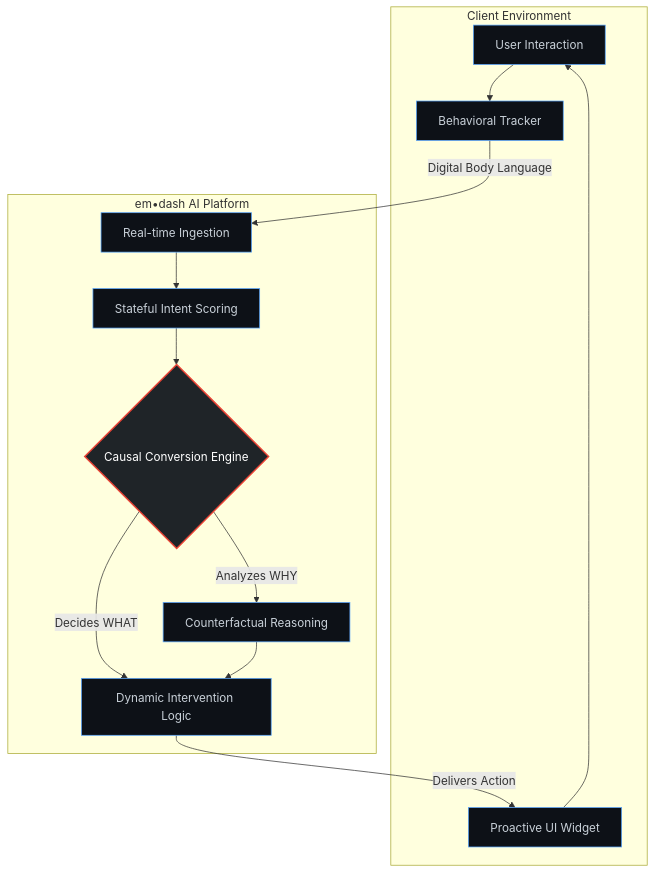
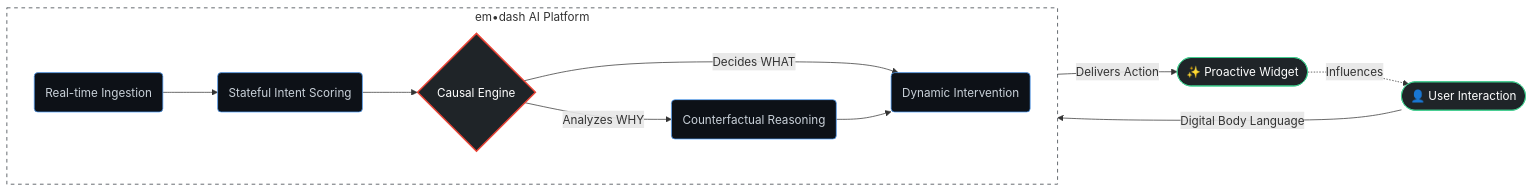
The diagram in README.md (space-ultra/space-ultra), drawn with Mermaid before and after one commit.

Commit message:
Update flowchart syntax in README.md

````diff
--- a/README.md
+++ b/README.md
@@ -44,25 +44,25 @@
 ```mermaid
-graph TD
-    subgraph Edge ["Client Environment"]
-        A[User Interaction] --> B[Behavioral Tracker]
-        C[Proactive UI Widget] --> A
+flowchart LR
+    A([👤 User Interaction]) -->|"Digital Body Language"| B(Real-time Ingestion)
+    
+    subgraph Platform ["em•dash AI Platform"]
+        direction LR
+        B --> C(Stateful Intent Scoring)
+        C --> D{Causal Engine}
+        D -->|"Analyzes WHY"| E(Counterfactual Reasoning)
+        D -->|"Decides WHAT"| F(Dynamic Intervention)
+        E --> F
     end
 
-    subgraph Core ["em•dash AI Platform"]
-        B -- "Digital Body Language" --> D[Real-time Ingestion]
-        D --> E[Stateful Intent Scoring]
-        
-        E --> F{Causal Conversion Engine}
-        F -- "Analyzes WHY" --> G[Counterfactual Reasoning]
-        F -- "Decides WHAT" --> H[Dynamic Intervention Logic]
-        
-        G --> H
-    end
+    F -->|"Delivers Action"| G([✨ Proactive Widget])
+    G -.->|"Influences"| A
 
-    H -- "Delivers Action" --> C
-    
     classDef default fill:#0D1117,stroke:#58A6FF,stroke-width:1px,color:#C9D1D9;
     classDef engine fill:#1F2428,stroke:#EA4335,stroke-width:2px,color:#FFF;
-    class F engine;
+    classDef edge fill:#1F2428,stroke:#3ECF8E,stroke-width:1px,color:#FFF;
+    
+    class D engine;
+    class A,G edge;
+    style Platform fill:none,stroke:#30363d,stroke-width:1px,stroke-dasharray: 5 5
 
 ```
````
